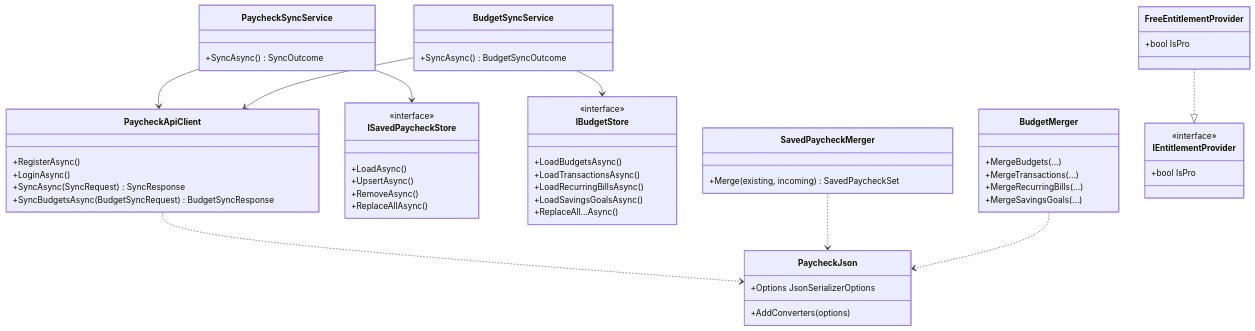
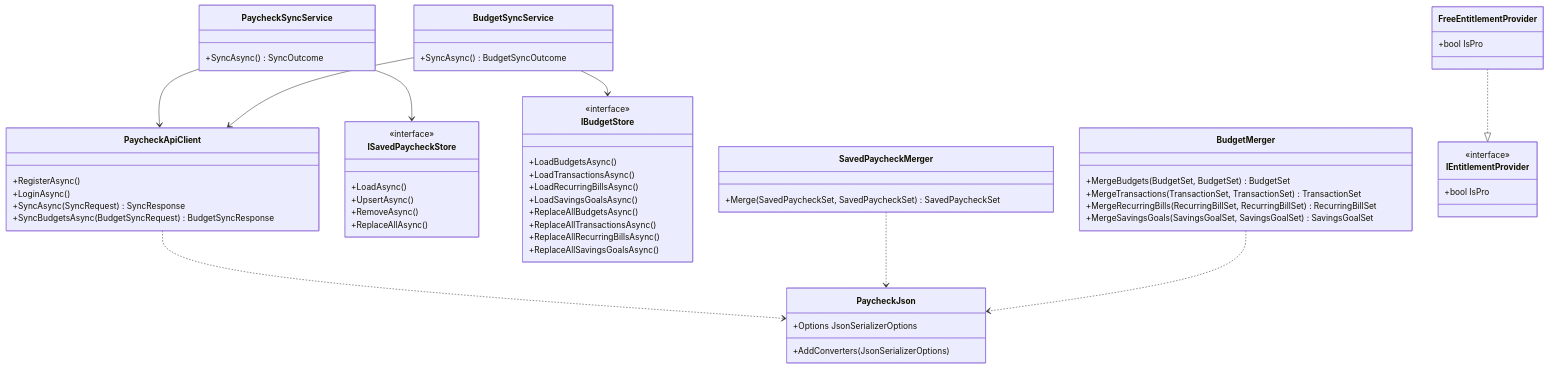
Before and after one commit to Fibonacci-0112/PaycheckCalculator: the eighth of 9 diagrams in docs/class-diagram.md, drawn with Mermaid. The commit also changed other lines of this file, not shown here.

Commit message:
Tighten Mermaid class diagram syntax

````diff
--- a/docs/class-diagram.md
+++ b/docs/class-diagram.md
@@ -430,61 +424,64 @@
 ```mermaid
 classDiagram
     direction TB
 
     class PaycheckApiClient {
         +RegisterAsync()
         +LoginAsync()
         +SyncAsync(SyncRequest) SyncResponse
         +SyncBudgetsAsync(BudgetSyncRequest) BudgetSyncResponse
     }
     class ISavedPaycheckStore {
         <<interface>>
         +LoadAsync()
         +UpsertAsync()
         +RemoveAsync()
         +ReplaceAllAsync()
     }
     class IBudgetStore {
         <<interface>>
         +LoadBudgetsAsync()
         +LoadTransactionsAsync()
         +LoadRecurringBillsAsync()
         +LoadSavingsGoalsAsync()
-        +ReplaceAll...Async()
+        +ReplaceAllBudgetsAsync()
+        +ReplaceAllTransactionsAsync()
+        +ReplaceAllRecurringBillsAsync()
+        +ReplaceAllSavingsGoalsAsync()
     }
     class SavedPaycheckMerger {
-        +Merge(existing, incoming) SavedPaycheckSet
+        +Merge(SavedPaycheckSet, SavedPaycheckSet) SavedPaycheckSet
     }
     class BudgetMerger {
-        +MergeBudgets(...)
-        +MergeTransactions(...)
-        +MergeRecurringBills(...)
-        +MergeSavingsGoals(...)
+        +MergeBudgets(BudgetSet, BudgetSet) BudgetSet
+        +MergeTransactions(TransactionSet, TransactionSet) TransactionSet
+        +MergeRecurringBills(RecurringBillSet, RecurringBillSet) RecurringBillSet
+        +MergeSavingsGoals(SavingsGoalSet, SavingsGoalSet) SavingsGoalSet
     }
     class PaycheckSyncService {
         +SyncAsync() SyncOutcome
     }
     class BudgetSyncService {
         +SyncAsync() BudgetSyncOutcome
     }
     class PaycheckJson {
         +Options JsonSerializerOptions
-        +AddConverters(options)
+        +AddConverters(JsonSerializerOptions)
     }
     class IEntitlementProvider {
         <<interface>>
         +bool IsPro
     }
     class FreeEntitlementProvider {
         +bool IsPro
     }
 
     PaycheckSyncService --> ISavedPaycheckStore
     PaycheckSyncService --> PaycheckApiClient
     BudgetSyncService --> IBudgetStore
     BudgetSyncService --> PaycheckApiClient
     PaycheckApiClient ..> PaycheckJson
     SavedPaycheckMerger ..> PaycheckJson
     BudgetMerger ..> PaycheckJson
     FreeEntitlementProvider ..|> IEntitlementProvider
 ```
````
